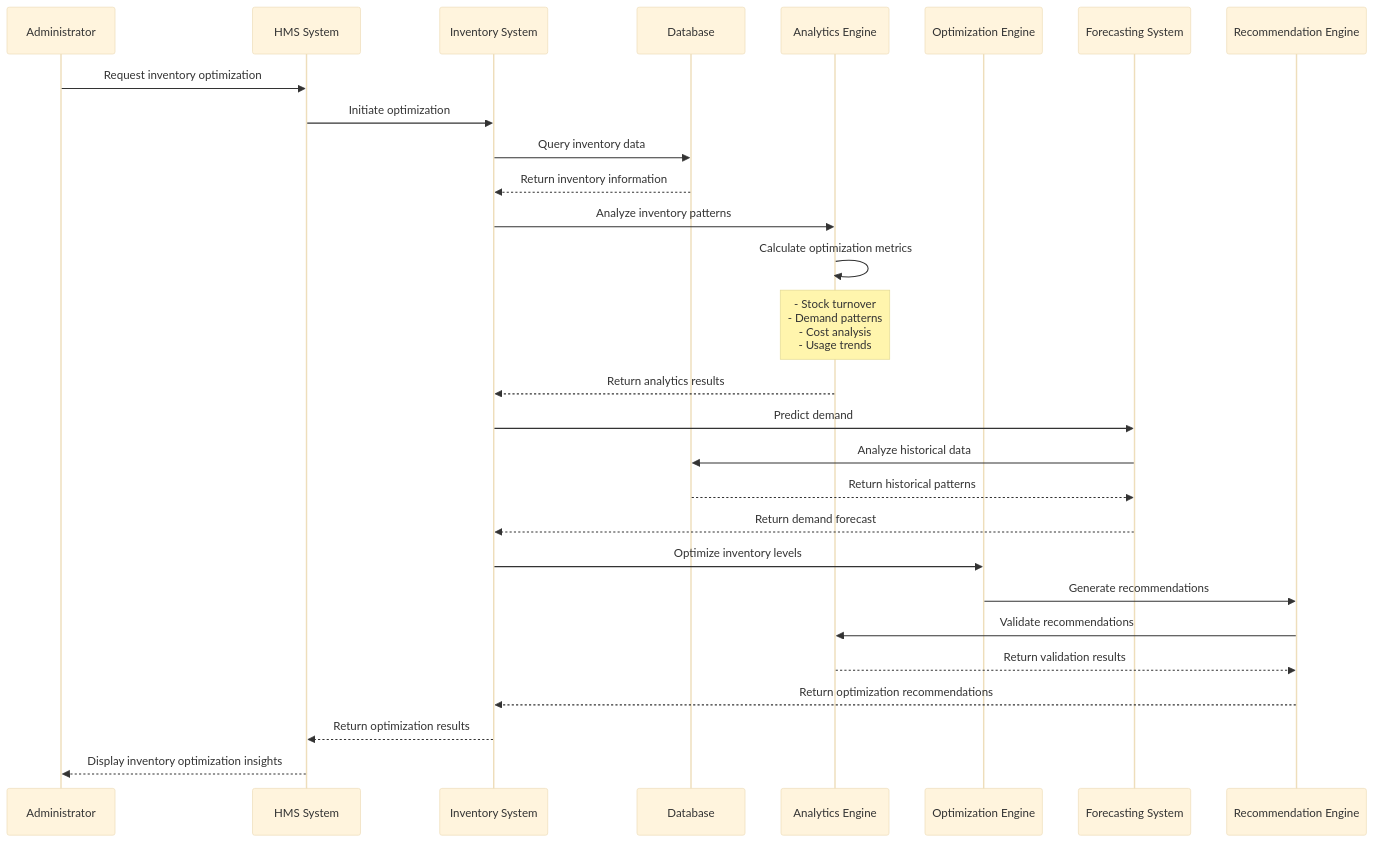
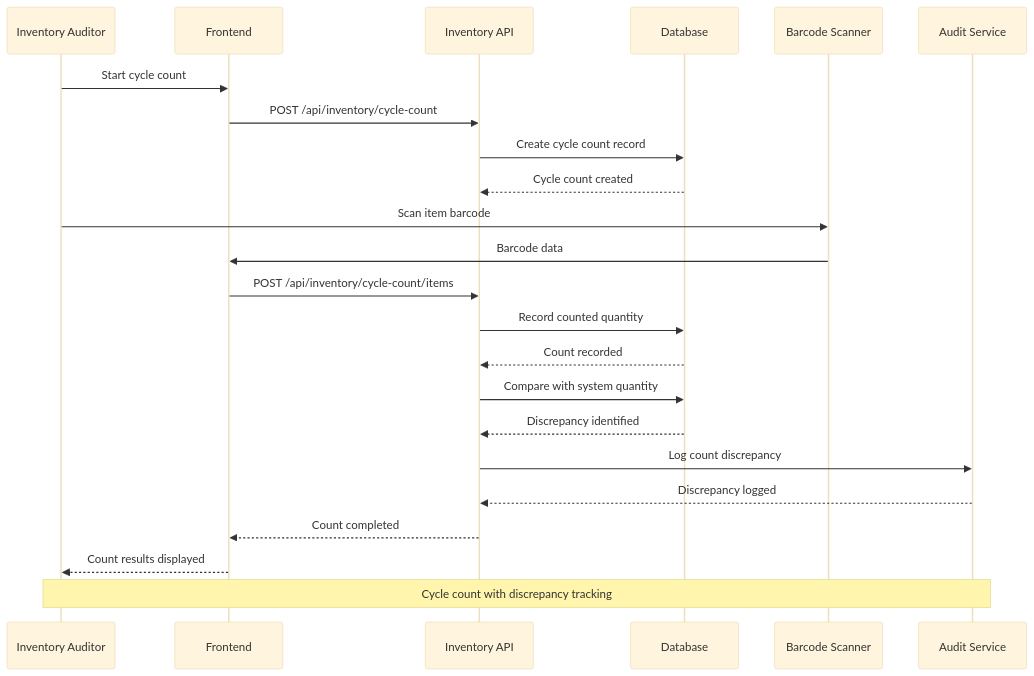
One commit to harcop/limises changed the eighth of 10 diagrams in sequence-diagrams/inventory-management-sequence.md. Above: the diagram before and after it, drawn with Mermaid (base theme). The commit also changed other lines of this file and 6 other files, not shown here.

````diff
--- a/sequence-diagrams/inventory-management-sequence.md
+++ b/sequence-diagrams/inventory-management-sequence.md
@@ -316,31 +231,33 @@
 ```mermaid
 sequenceDiagram
-    participant ADMIN as Administrator
-    participant HMS as HMS System
-    participant INVENTORY as Inventory System
+    participant Staff as Inventory Auditor
+    participant Frontend as Frontend
+    participant API as Inventory API
     participant DB as Database
-    participant ANALYTICS as Analytics Engine
-    participant OPTIMIZATION as Optimization Engine
-    participant FORECASTING as Forecasting System
-    participant RECOMMENDATION as Recommendation Engine
+    participant Scanner as Barcode Scanner
+    participant Audit as Audit Service
 
-    ADMIN->>HMS: Request inventory optimization
-    HMS->>INVENTORY: Initiate optimization
-    INVENTORY->>DB: Query inventory data
-    DB-->>INVENTORY: Return inventory information
-    INVENTORY->>ANALYTICS: Analyze inventory patterns
-    ANALYTICS->>ANALYTICS: Calculate optimization metrics
-    Note over ANALYTICS: - Stock turnover<br/>- Demand patterns<br/>- Cost analysis<br/>- Usage trends
-    ANALYTICS-->>INVENTORY: Return analytics results
-    INVENTORY->>FORECASTING: Predict demand
-    FORECASTING->>DB: Analyze historical data
-    DB-->>FORECASTING: Return historical patterns
-    FORECASTING-->>INVENTORY: Return demand forecast
-    INVENTORY->>OPTIMIZATION: Optimize inventory levels
-    OPTIMIZATION->>RECOMMENDATION: Generate recommendations
-    RECOMMENDATION->>ANALYTICS: Validate recommendations
-    ANALYTICS-->>RECOMMENDATION: Return validation results
-    RECOMMENDATION-->>INVENTORY: Return optimization recommendations
-    INVENTORY-->>HMS: Return optimization results
-    HMS-->>ADMIN: Display inventory optimization insights
+    Staff->>Frontend: Start cycle count
+    Frontend->>API: POST /api/inventory/cycle-count
+    
+    API->>DB: Create cycle count record
+    DB-->>API: Cycle count created
+    
+    Staff->>Scanner: Scan item barcode
+    Scanner->>Frontend: Barcode data
+    Frontend->>API: POST /api/inventory/cycle-count/items
+    
+    API->>DB: Record counted quantity
+    DB-->>API: Count recorded
+    
+    API->>DB: Compare with system quantity
+    DB-->>API: Discrepancy identified
+    
+    API->>Audit: Log count discrepancy
+    Audit-->>API: Discrepancy logged
+    
+    API-->>Frontend: Count completed
+    Frontend-->>Staff: Count results displayed
+    
+    Note over Staff, Audit: Cycle count with discrepancy tracking
 ```
````
